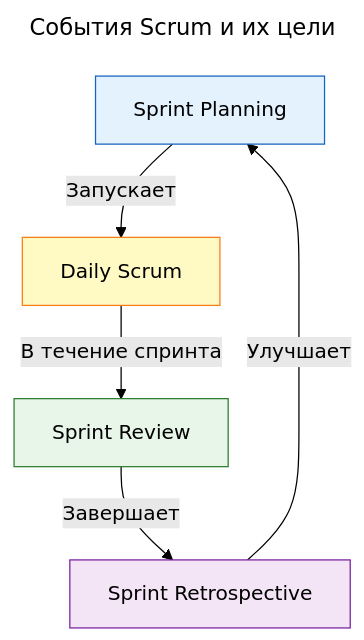
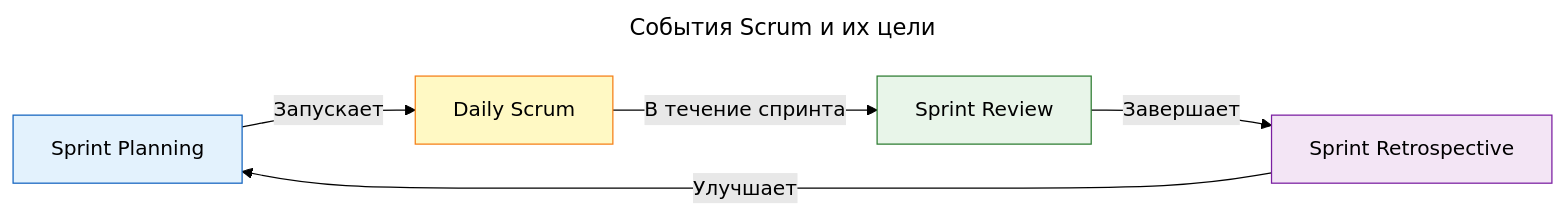
Before and after one commit to mrtxee/enterprise-developer-almanac: the fourth of 8 diagrams in product-manager/scrum/scrum.md, drawn with Mermaid (forest theme). The commit also changed other lines of this file and 632 other files, not shown here.

````diff
--- a/product-manager/scrum/scrum.md
+++ b/product-manager/scrum/scrum.md
@@ -214,15 +213,15 @@
 ```mermaid
 ---
 title: События Scrum и их цели
 ---
-flowchart TD
+flowchart LR
   SP["Sprint Planning"] -->|Запускает| DS["Daily Scrum"]
   DS -->|В течение спринта| RV["Sprint Review"]
   RV -->|Завершает| RT["Sprint Retrospective"]
   RT -->|Улучшает| SP
 
   style SP fill:#e3f2fd,stroke:#1565c0
   style DS fill:#fff9c4,stroke:#f57f17
   style RV fill:#e8f5e9,stroke:#2e7d32
   style RT fill:#f3e5f5,stroke:#7b1fa2
 ```
````
